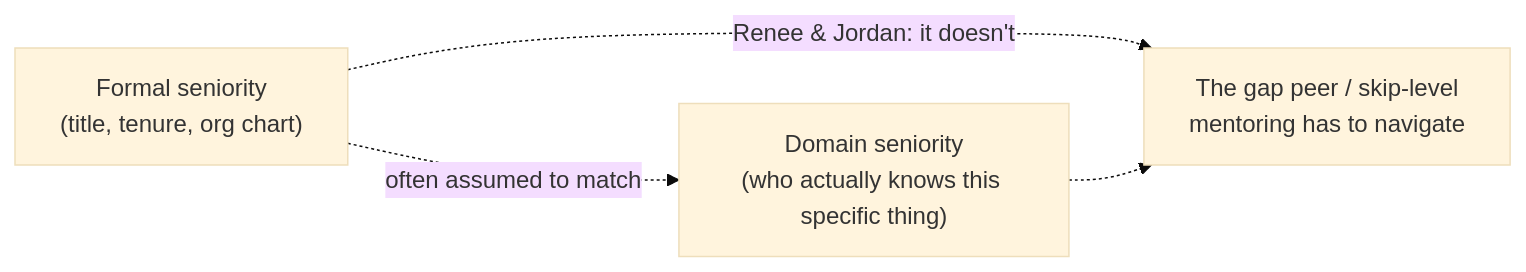
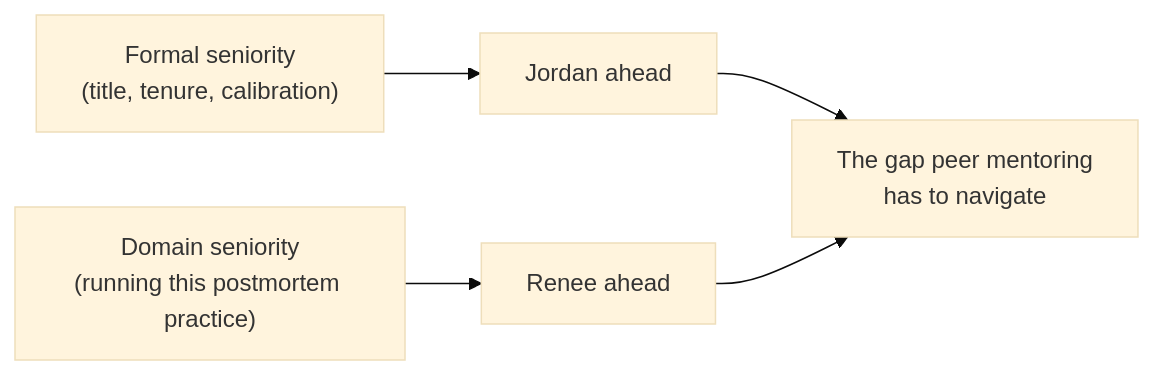
One commit to francoandreDev/knowledge changed the diagram in src/content/career-craft/peer-mentoring/L1-summary.mdx. Above: the diagram before and after it, drawn with Mermaid (base theme). The commit also changed other lines of this file and 3 other files, not shown here.

Commit message:
Migrate career-craft/peer-mentoring to the three-tier exercise model

````diff
--- a/src/content/career-craft/peer-mentoring/L1-summary.mdx
+++ b/src/content/career-craft/peer-mentoring/L1-summary.mdx
@@ -67,6 +66,7 @@
 ```mermaid
 flowchart LR
-    F["Formal seniority\n(title, tenure, org chart)"] -.often assumed to match.-> D["Domain seniority\n(who actually knows this specific thing)"]
-    F -."Renee & Jordan: it doesn't".-> Gap["The gap peer / skip-level\nmentoring has to navigate"]
-    D -.-> Gap
+    F["Formal seniority\n(title, tenure, calibration)"] --> J["Jordan ahead"]
+    D["Domain seniority\n(running this postmortem practice)"] --> R["Renee ahead"]
+    J --> G["The gap peer mentoring\nhas to navigate"]
+    R --> G
 ```
````
